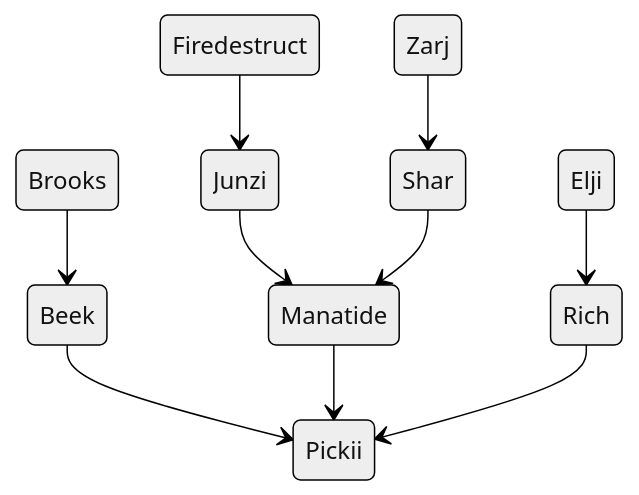
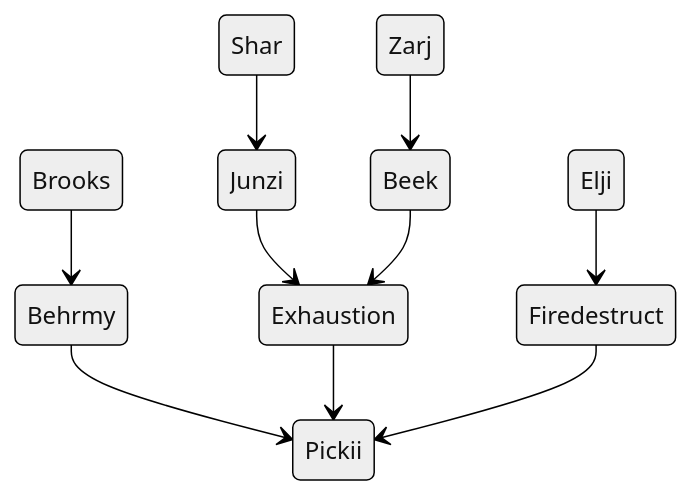
One commit to leemWF/READMEVault changed the fourth of 10 diagrams in wepulled/swp/README.md. Above: the diagram before and after it, drawn with Mermaid (neutral theme). The commit also changed other lines of this file, not shown here.

````diff
--- a/wepulled/swp/README.md
+++ b/wepulled/swp/README.md
@@ -86,23 +83,23 @@
 ```mermaid
 stateDiagram-v2
     t2: Pickii
-    h4: Beek
-    h5: Manatide
+    h4: Behrmy
+    h5: Exhaustion
     h6: Elji
-    rr1: Firedestruct
-    rr2: Rich
+    rr1: Shar
+    rr2: Firedestruct
     rr3: Junzi
-    rr4: Shar
+    rr4: Beek
     rr5: Brooks
     rr6: Zarj
     
     rr5 --> h4
     h4 --> t2
     h5 --> t2
     h6 --> rr2
     rr1 --> rr3
     rr2 --> t2
     rr3 --> h5
     rr4 --> h5
     rr6 --> rr4
 ```
````
